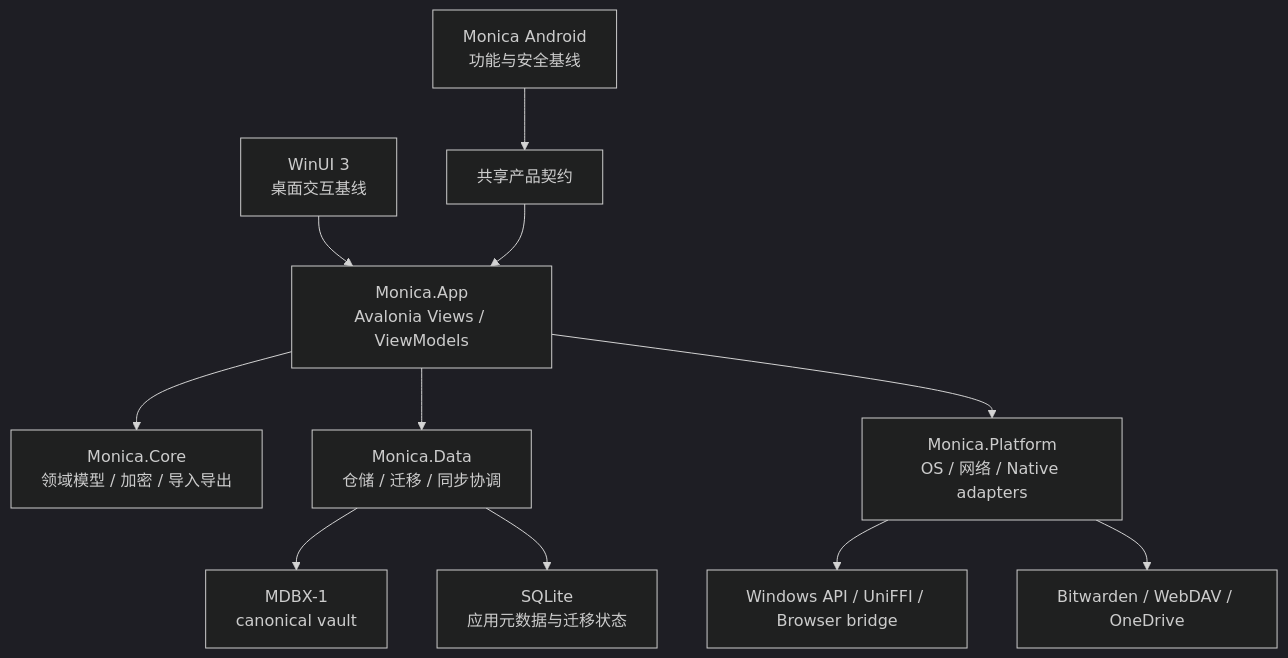
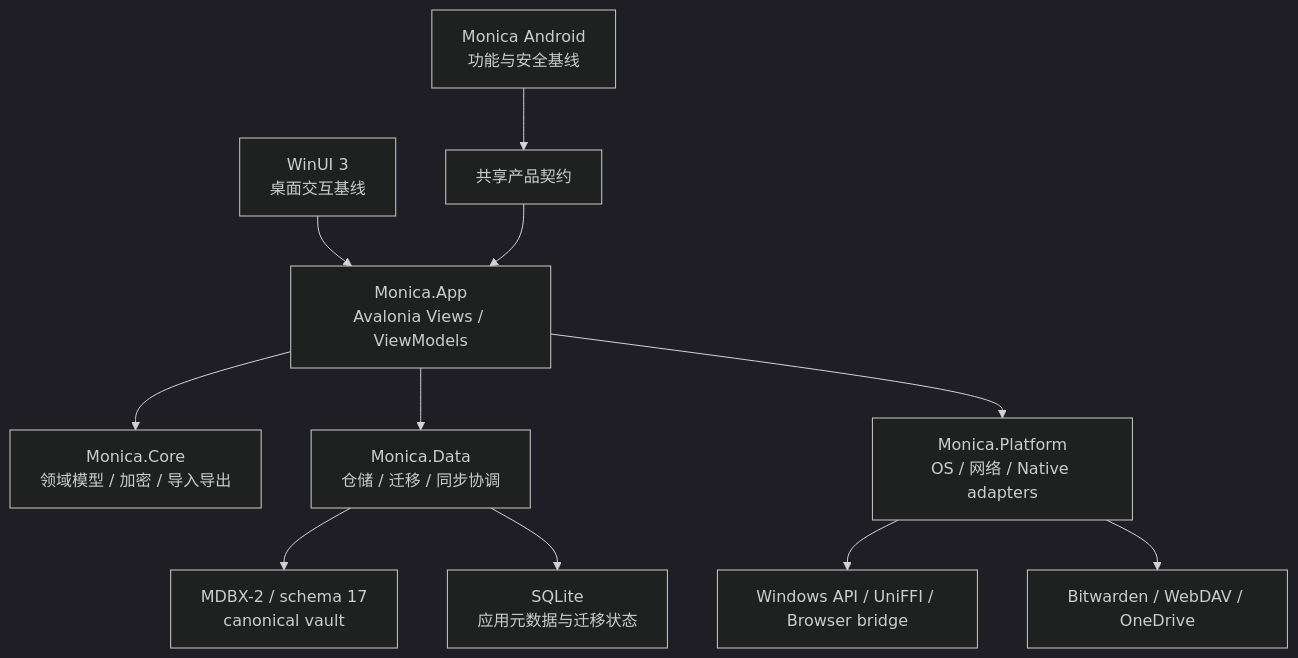
The diagram in README.md (Monica-Pass/Monica-by-Avalonia), drawn with Mermaid (dark theme) before and after one commit. The commit also changed other lines of this file and 38 other files, not shown here.

````diff
--- a/README.md
+++ b/README.md
@@ -79,13 +79,13 @@
 ```mermaid
 flowchart TB
     Android["Monica Android\n功能与安全基线"] --> Contract["共享产品契约"]
     WinUI["WinUI 3\n桌面交互基线"] --> App["Monica.App\nAvalonia Views / ViewModels"]
     Contract --> App
     App --> Core["Monica.Core\n领域模型 / 加密 / 导入导出"]
     App --> Data["Monica.Data\n仓储 / 迁移 / 同步协调"]
     App --> Platform["Monica.Platform\nOS / 网络 / Native adapters"]
-    Data --> Mdbx["MDBX-1\ncanonical vault"]
+    Data --> Mdbx["MDBX-2 / schema 17\ncanonical vault"]
     Data --> Sqlite["SQLite\n应用元数据与迁移状态"]
     Platform --> Native["Windows API / UniFFI / Browser bridge"]
     Platform --> Remote["Bitwarden / WebDAV / OneDrive"]
 ```
````
